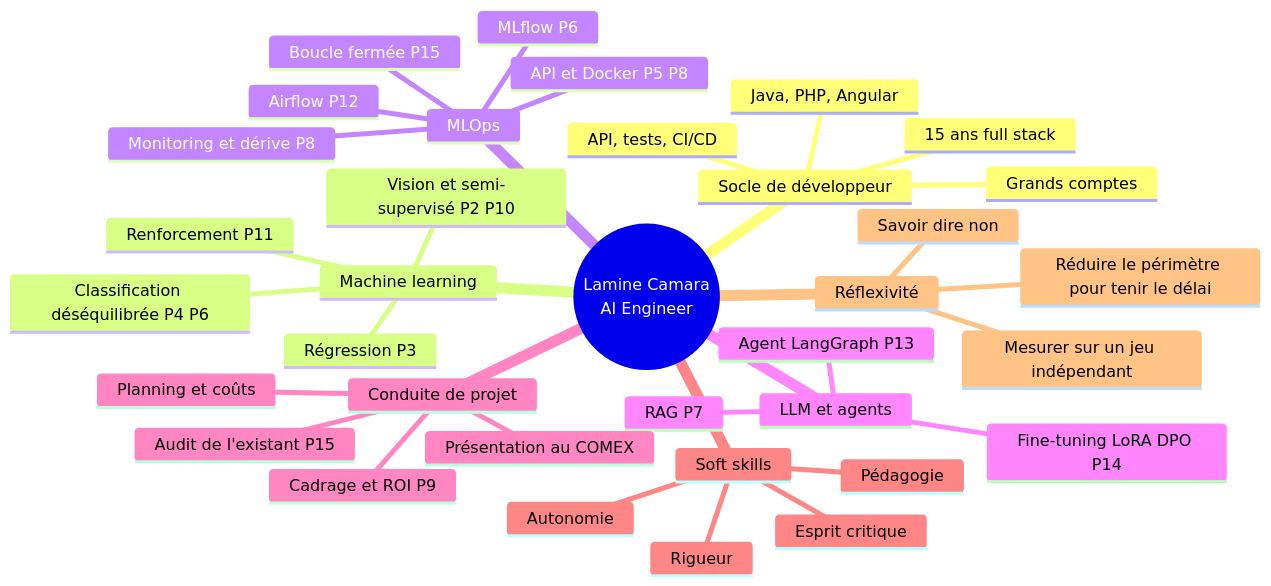
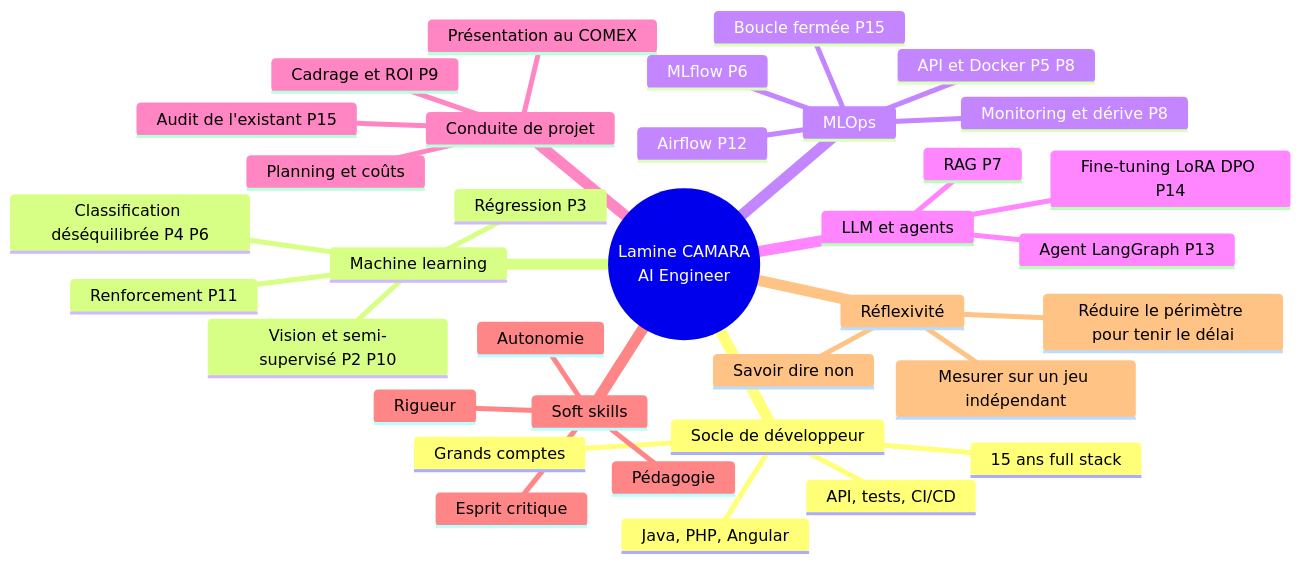
The diagram in portfolio/docs/carte-mentale.md (Formation-AI-Engineer/realisez-le-portfolio-d-AI-engineer), drawn with Mermaid before and after one commit. The commit also changed 4 other files, not shown here.

````diff
--- a/portfolio/docs/carte-mentale.md
+++ b/portfolio/docs/carte-mentale.md
@@ -6,38 +6,38 @@
 ```mermaid
 mindmap
-  root((Lamine Camara<br/>AI Engineer))
+  root((Lamine CAMARA<br/>AI Engineer))
     Socle de développeur
       15 ans full stack
       Java, PHP, Angular
       API, tests, CI/CD
       Grands comptes
     Machine learning
       Régression P3
       Classification déséquilibrée P4 P6
       Vision et semi-supervisé P2 P10
       Renforcement P11
     MLOps
       API et Docker P5 P8
       MLflow P6
       Monitoring et dérive P8
       Airflow P12
       Boucle fermée P15
     LLM et agents
       RAG P7
       Agent LangGraph P13
       Fine-tuning LoRA DPO P14
     Conduite de projet
       Cadrage et ROI P9
       Audit de l'existant P15
       Planning et coûts
       Présentation au COMEX
     Soft skills
       Rigueur
       Autonomie
       Pédagogie
       Esprit critique
     Réflexivité
       Mesurer sur un jeu indépendant
       Savoir dire non
       Réduire le périmètre pour tenir le délai
 ```
````
